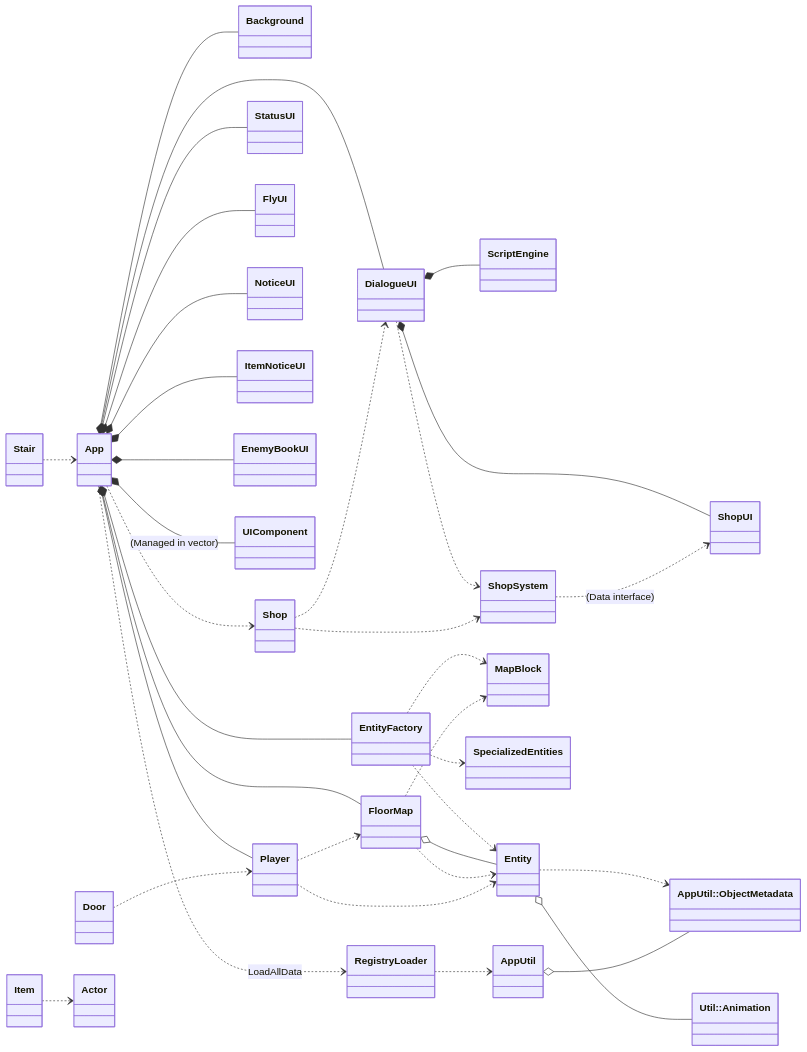
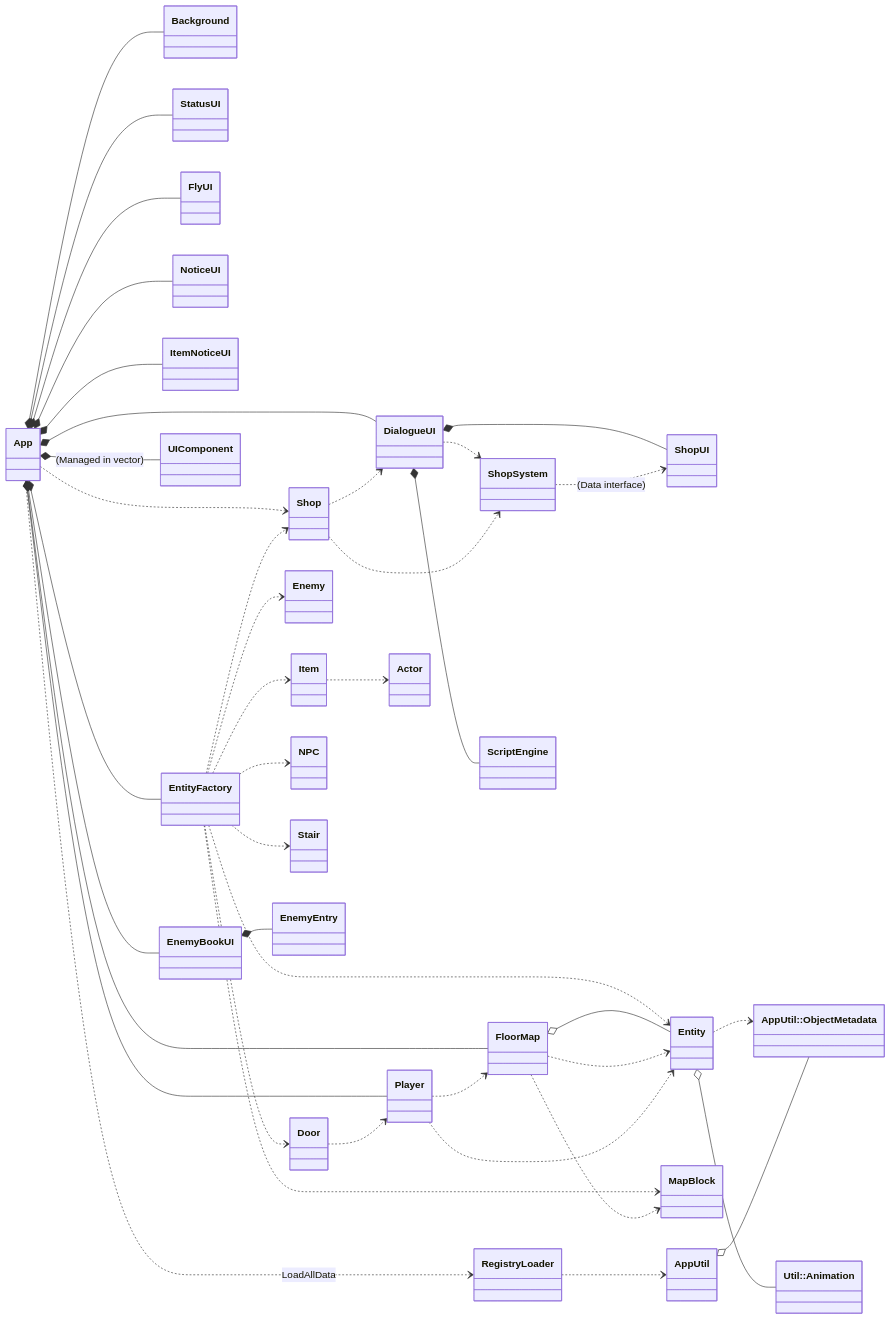
Before and after one commit to XWJWPIY/schoolwork_recreate_magic_tower: the fourth of 4 diagrams in Constructure.md, drawn with Mermaid. The commit also changed other lines of this file and 4 other files, not shown here.

Commit message:
refactor: table-driven StatusUI/EnemyEntry, fix FloorMap and App UI loop

````diff
--- a/Constructure.md
+++ b/Constructure.md
@@ -471,46 +483,52 @@
 ```mermaid
 classDiagram
     direction LR
     class Animation["Util::Animation"]
     class ObjectMetadata["AppUtil::ObjectMetadata"]
 
     App ..> RegistryLoader : LoadAllData
     App *-- Background
     App *-- FloorMap
     App *-- Player
     App *-- StatusUI
     App *-- FlyUI
     App *-- NoticeUI
     App *-- ItemNoticeUI
     App *-- DialogueUI
     App *-- EnemyBookUI
     App *-- UIComponent : (Managed in vector)
     App *-- EntityFactory
     App ..> Shop
     DialogueUI *-- ScriptEngine
     DialogueUI *-- ShopUI
     DialogueUI ..> ShopSystem
     ShopSystem ..> ShopUI : (Data interface)
     Shop ..> ShopSystem
 
     EntityFactory ..> Entity
     EntityFactory ..> MapBlock
-    EntityFactory ..> SpecializedEntities
+    EntityFactory ..> Door
+    EntityFactory ..> Enemy
+    EntityFactory ..> Item
+    EntityFactory ..> NPC
+    EntityFactory ..> Shop
+    EntityFactory ..> Stair
 
     FloorMap o-- Entity
     FloorMap ..> MapBlock
     FloorMap ..> Entity
 
     Entity o-- Animation
     Entity ..> ObjectMetadata
 
     Player ..> FloorMap
     Player ..> Entity
     Shop ..> DialogueUI
     Door ..> Player
     Item ..> Actor
-    Stair ..> App
+
+    EnemyBookUI *-- EnemyEntry
 
     RegistryLoader ..> AppUtil
     AppUtil o-- ObjectMetadata
 ```
````
